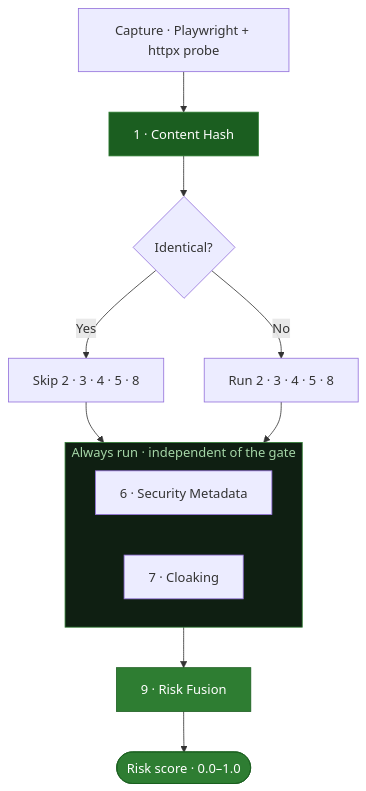
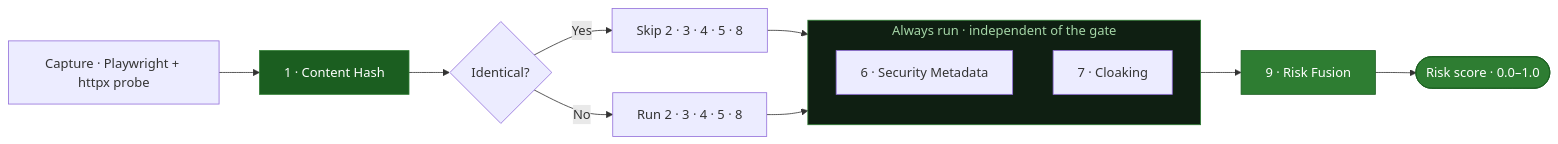
Before and after one commit to Ns81000/WARDRESS: the first of 2 diagrams in docs/detection-layers.mdx, drawn with Mermaid. The commit also changed 6 other files, not shown here.

````diff
--- a/docs/detection-layers.mdx
+++ b/docs/detection-layers.mdx
@@ -15,23 +15,23 @@
 ```mermaid
-flowchart TB
+flowchart LR
     F[Capture · Playwright + httpx probe] --> L1[1 · Content Hash]
     L1 --> G{Identical?}
     G -->|Yes| GATE[Skip 2 · 3 · 4 · 5 · 8]
     G -->|No| CONTENT[Run 2 · 3 · 4 · 5 · 8]
     GATE --> ALWAYS
     CONTENT --> ALWAYS
     subgraph ALWAYS [Always run · independent of the gate]
-      direction LR
+      direction TB
       L6[6 · Security Metadata]
       L7[7 · Cloaking]
     end
     ALWAYS --> L9[9 · Risk Fusion]
     L9 --> RISK([Risk score · 0.0–1.0])
 
     classDef hash fill:#1b5e20,stroke:#2e7d32,color:#fff;
     classDef fusion fill:#2e7d32,stroke:#1b5e20,color:#fff;
     class L1 hash;
     class L9 fusion;
     class RISK fusion;
     style ALWAYS fill:#0f1f12,stroke:#2e7d32,color:#a5d6a7;
 ```
````
